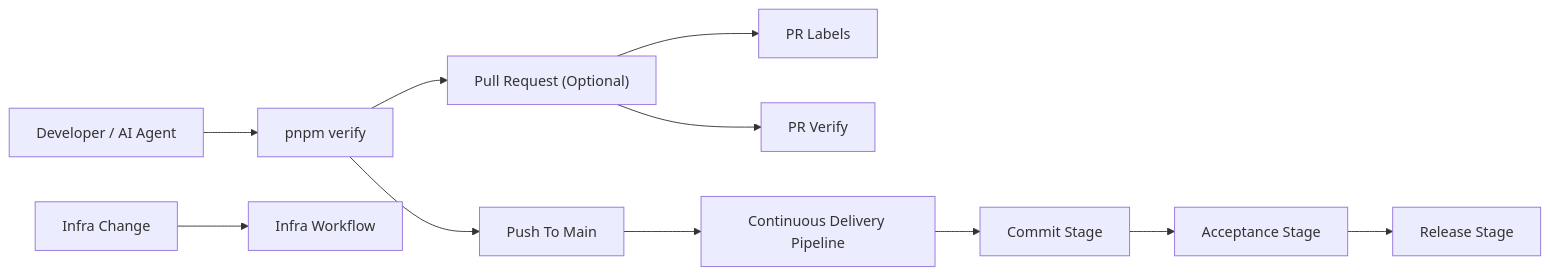
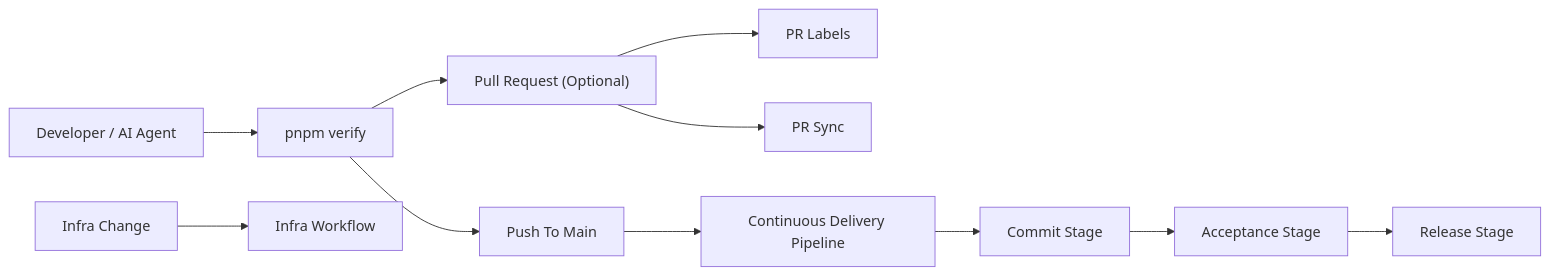
One commit to glcsolutions-ca/compass changed the diagram in platform/pipeline/README.md. Above: the diagram before and after it, drawn with Mermaid. The commit also changed other lines of this file and 5 other files, not shown here.

````diff
--- a/platform/pipeline/README.md
+++ b/platform/pipeline/README.md
@@ -3,15 +3,15 @@
 ```mermaid
 flowchart LR
     DEV["Developer / AI Agent"] --> VERIFY["pnpm verify"]
     VERIFY --> PR["Pull Request (Optional)"]
     VERIFY --> MAIN["Push To Main"]
     PR --> LABELS["PR Labels"]
-    PR --> PRVERIFY["PR Verify"]
+    PR --> PRSYNC["PR Sync"]
     MAIN --> CDP["Continuous Delivery Pipeline"]
 
     CDP --> COMMIT["Commit Stage"]
     COMMIT --> ACCEPT["Acceptance Stage"]
     ACCEPT --> RELEASE["Release Stage"]
 
     INFRA["Infra Change"] --> INFRAWF["Infra Workflow"]
 ```
````
